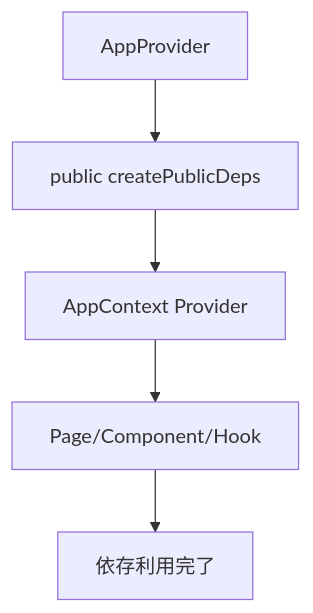
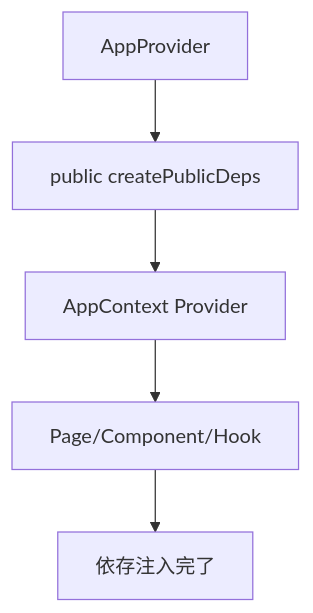
Before and after one commit to LevelCapTech/Agile-PMBOK-Assist: the second of 2 diagrams in .github/copilot/plans/00-nextjs-plugin-ssot.md, drawn with Mermaid.

Commit message:
fix: フロー終端の表現を明確化
依存注入完了として終端ノードを具体化した。

````diff
--- a/.github/copilot/plans/00-nextjs-plugin-ssot.md
+++ b/.github/copilot/plans/00-nextjs-plugin-ssot.md
@@ -67,7 +67,7 @@
 ```mermaid
 flowchart TD
   A[AppProvider] --> B[public createPublicDeps]
   B --> C[AppContext Provider]
   C --> D[Page/Component/Hook]
-  D --> E[依存利用完了]
+  D --> E[依存注入完了]
 ```
````
